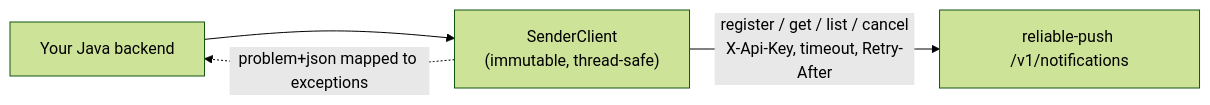
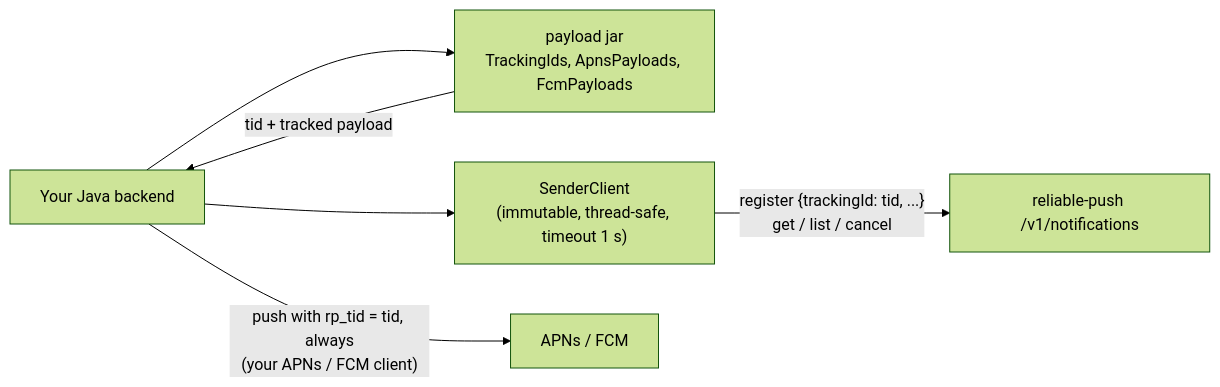
Before and after one commit to valentirob/reliable-push: the eighth of 13 diagrams in docs/overview.md, drawn with Mermaid (forest theme). The commit also changed other lines of this file and 20 other files, not shown here.

````diff
--- a/docs/overview.md
+++ b/docs/overview.md
@@ -251,6 +264,8 @@
 ```mermaid
 flowchart LR
-  APP["Your Java backend"] --> SC["SenderClient<br/>(immutable, thread-safe)"]
-  SC -- "register / get / list / cancel<br/>X-Api-Key, timeout, Retry-After" --> API["reliable-push /v1/notifications"]
-  SC -. "problem+json mapped to exceptions" .-> APP
+  APP["Your Java backend"] --> PJ["payload jar<br/>TrackingIds, ApnsPayloads, FcmPayloads"]
+  PJ -- "tid + tracked payload" --> APP
+  APP --> SC["SenderClient<br/>(immutable, thread-safe, timeout 1 s)"]
+  SC -- "register {trackingId: tid, ...}<br/>get / list / cancel" --> API["reliable-push /v1/notifications"]
+  APP -- "push with rp_tid = tid, always<br/>(your APNs / FCM client)" --> PP["APNs / FCM"]
 ```
````
